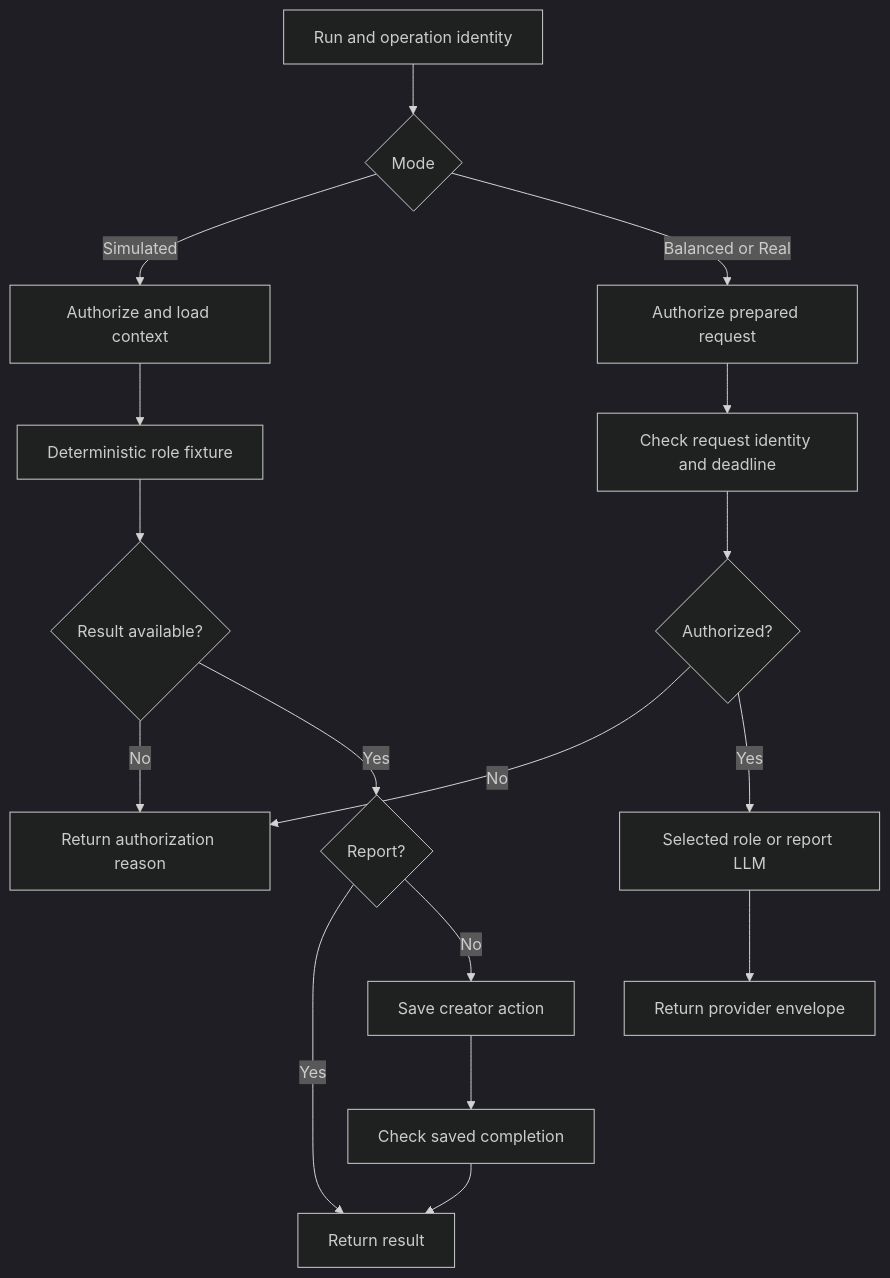
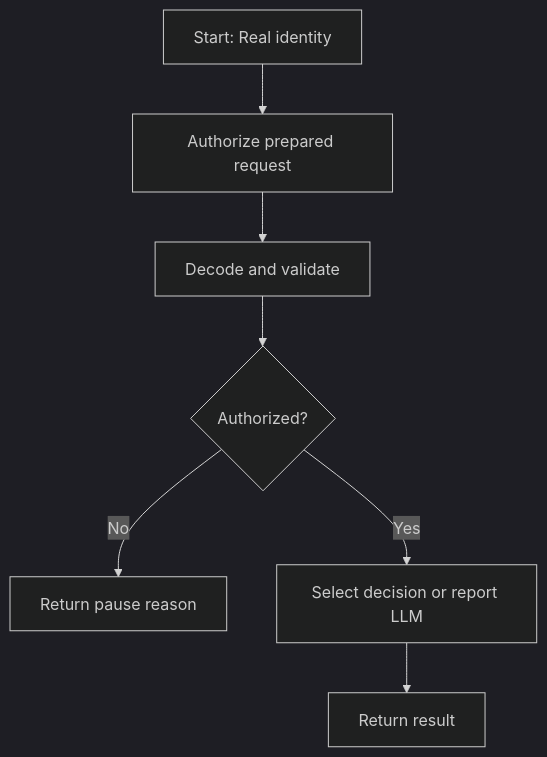
One commit to karpishe-experiments/agentic-poc changed the diagram in docs/accepted/2026-09-27_dify-booklet-runner/workflow-package/workflows/issue65_m3_playful_kid/README.md. Above: the diagram before and after it, drawn with Mermaid (dark theme). The commit also changed other lines of this file and 61 other files, not shown here.

````diff
--- a/docs/accepted/2026-09-27_dify-booklet-runner/workflow-package/workflows/issue65_m3_playful_kid/README.md
+++ b/docs/accepted/2026-09-27_dify-booklet-runner/workflow-package/workflows/issue65_m3_playful_kid/README.md
@@ -57,19 +52,9 @@
 ```mermaid
 flowchart TD
-  start[Run and operation identity] --> mode{Mode}
-  mode -->|Simulated| auth[Authorize and load context]
-  auth --> sim[Deterministic role fixture]
-  sim --> sg{Result available?}
-  sg -->|No| pause[Return authorization reason]
-  sg -->|Yes| route{Report?}
-  route -->|Yes| result[Return simulated report]
-  route -->|No| save[Save creator action]
-  save --> ack[Check saved completion]
-  ack --> result[Return result]
-  mode -->|Balanced or Real| paid[Authorize prepared request]
-  paid --> decode[Check request identity and deadline]
-  decode --> pg{Authorized?}
-  pg -->|No| pause
-  pg -->|Yes| llm[Selected role or report LLM]
-  llm --> output[Return provider envelope]
+  S[Start: Real identity] --> A[Authorize prepared request]
+  A --> D[Decode and validate]
+  D --> G{Authorized?}
+  G -->|No| P[Return pause reason]
+  G -->|Yes| E[Select decision or report LLM]
+  E --> R[Return result]
 ```
````
